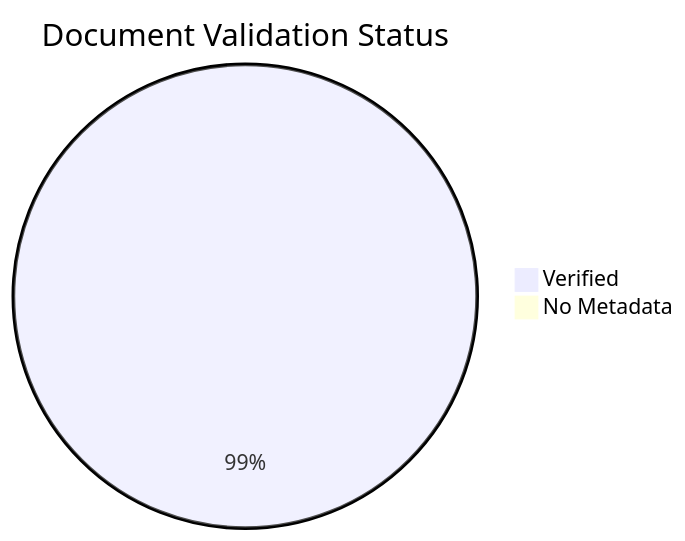
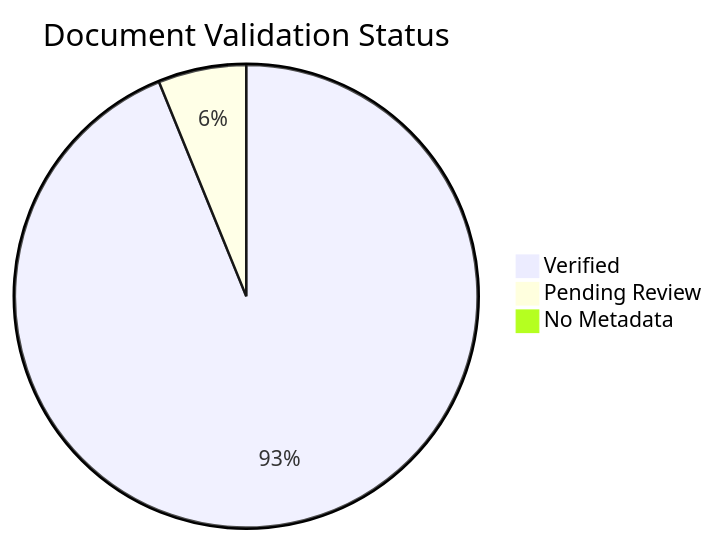
The diagram in docs/reference/content-validation-status.md (yeongseon/azure-container-apps-practical-guide), drawn with Mermaid before and after one commit. The commit also changed other lines of this file and 17 other files, not shown here.

````diff
--- a/docs/reference/content-validation-status.md
+++ b/docs/reference/content-validation-status.md
@@ -35,5 +35,6 @@
 ```mermaid
 pie title Document Validation Status
     "Verified" : 122
+    "Pending Review" : 8
     "No Metadata" : 1
 ```
````
